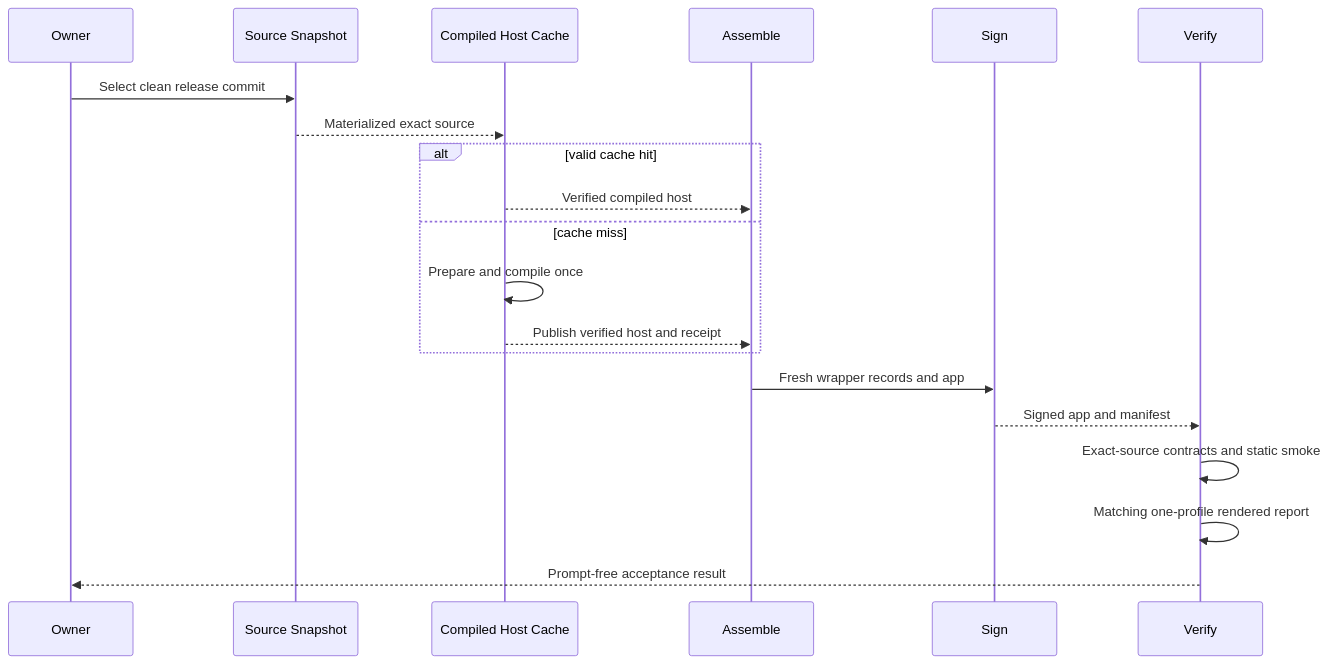
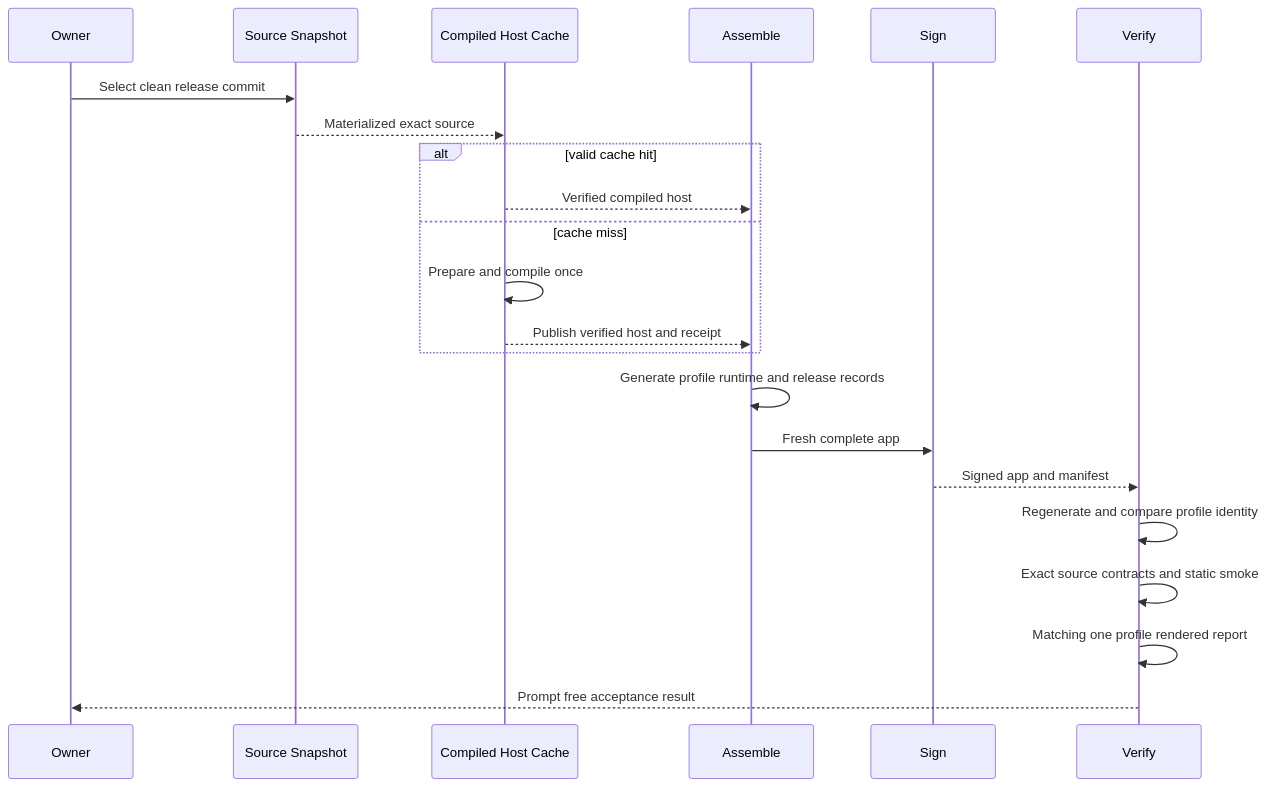
The diagram in wiki/flows/build-sign-and-launch.md (alexwck/dbcode-wrapper), drawn with Mermaid before and after one commit. The commit also changed other lines of this file and 12 other files, not shown here.

Commit message:
docs(wiki): document generated profile identity

````diff
--- a/wiki/flows/build-sign-and-launch.md
+++ b/wiki/flows/build-sign-and-launch.md
@@ -24,22 +26,24 @@
 ```mermaid
 sequenceDiagram
   participant Owner
   participant Snapshot as Source Snapshot
   participant Cache as Compiled Host Cache
   participant Assemble
   participant Sign
   participant Verify
   Owner->>Snapshot: Select clean release commit
   Snapshot-->>Cache: Materialized exact source
   alt valid cache hit
     Cache-->>Assemble: Verified compiled host
   else cache miss
     Cache->>Cache: Prepare and compile once
     Cache-->>Assemble: Publish verified host and receipt
   end
-  Assemble->>Sign: Fresh wrapper records and app
+  Assemble->>Assemble: Generate profile runtime and release records
+  Assemble->>Sign: Fresh complete app
   Sign-->>Verify: Signed app and manifest
-  Verify->>Verify: Exact-source contracts and static smoke
-  Verify->>Verify: Matching one-profile rendered report
-  Verify-->>Owner: Prompt-free acceptance result
+  Verify->>Verify: Regenerate and compare profile identity
+  Verify->>Verify: Exact source contracts and static smoke
+  Verify->>Verify: Matching one profile rendered report
+  Verify-->>Owner: Prompt free acceptance result
 ```
````
